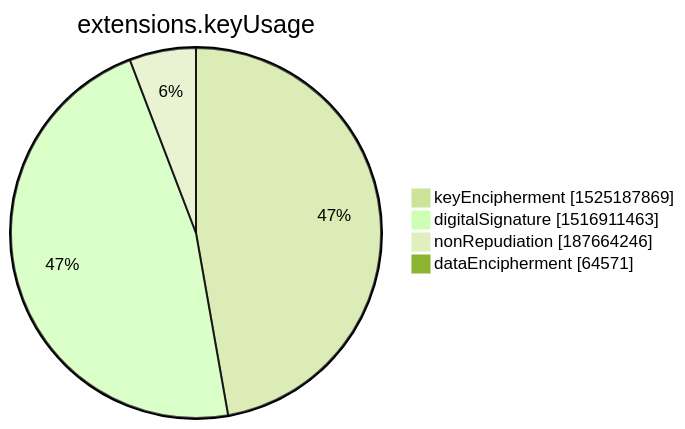
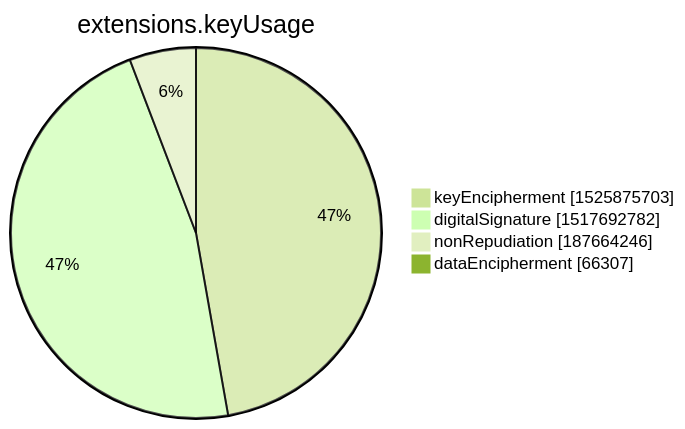
One commit to christiankrug/ctmonitor_visualization changed the seventh of 15 diagrams in xenon2022/README.md. Above: the diagram before and after it, drawn with Mermaid (forest theme). The commit also changed other lines of this file, not shown here.

````diff
--- a/xenon2022/README.md
+++ b/xenon2022/README.md
@@ -2847,8 +2847,8 @@
 ```mermaid
 pie showData
 title extensions.keyUsage
-"keyEncipherment" :1525187869
-"digitalSignature" :1516911463
+"keyEncipherment" :1525875703
+"digitalSignature" :1517692782
 "nonRepudiation" :187664246
-"dataEncipherment" :64571
+"dataEncipherment" :66307
 ```
````
